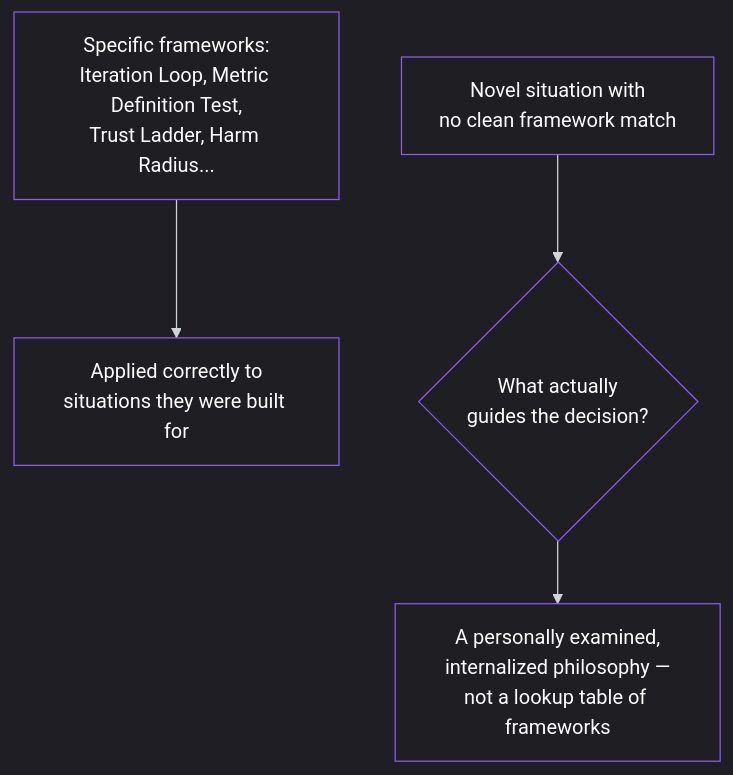
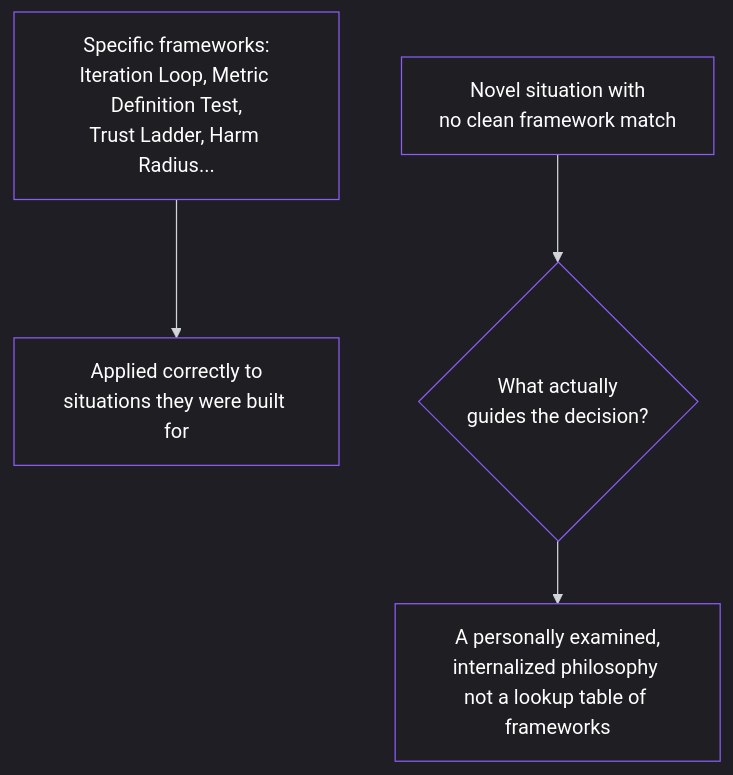
Before and after one commit to pmacademy-app/web: the first of 2 diagrams in content/lessons/lesson-060.md, drawn with Mermaid. The commit also changed other lines of this file and 90 other files, not shown here.

````diff
--- a/content/lessons/lesson-060.md
+++ b/content/lessons/lesson-060.md
@@ -49,36 +49,36 @@
 ```mermaid
 %%{init: {
   "theme": "dark",
   "themeVariables": {
     "background": "#0b0b0c",
     "primaryColor": "#1f1f23",
     "primaryTextColor": "#ffffff",
     "primaryBorderColor": "#8b5cf6",
     "lineColor": "#d1d5db",
     "secondaryColor": "#18181b",
     "tertiaryColor": "#111111",
     "mainBkg": "#1f1f23",
     "nodeBorder": "#8b5cf6",
     "clusterBkg": "#000000",
     "clusterBorder": "#27272a",
     "titleColor": "#ffffff",
     "edgeLabelBackground": "#0b0b0c",
     "nodeTextColor": "#ffffff",
     "edgeLabelColor": "#ffffff",
     "actorBorder": "#8b5cf6",
     "actorBkg": "#1f1f23",
     "actorTextColor": "#ffffff",
     "sequenceNumberColor": "#ffffff",
     "signalColor": "#8b5cf6",
     "signalTextColor": "#ffffff",
     "textColor": "#ffffff",
     "classText": "#ffffff",
     "classBorder": "#8b5cf6",
     "classBkg": "#1f1f23"
   }
 }}%%
 graph TD
     A[Specific frameworks:<br/>Iteration Loop, Metric Definition Test,<br/>Trust Ladder, Harm Radius...] --> B[Applied correctly to<br/>situations they were built for]
     C[Novel situation with<br/>no clean framework match] --> D{What actually<br/>guides the decision?}
-    D --> E["A personally examined,<br/>internalized philosophy —<br/>not a lookup table of frameworks"]
+    D --> E["A personally examined,<br/>internalized philosophy <br/>not a lookup table of frameworks"]
 ```
````
